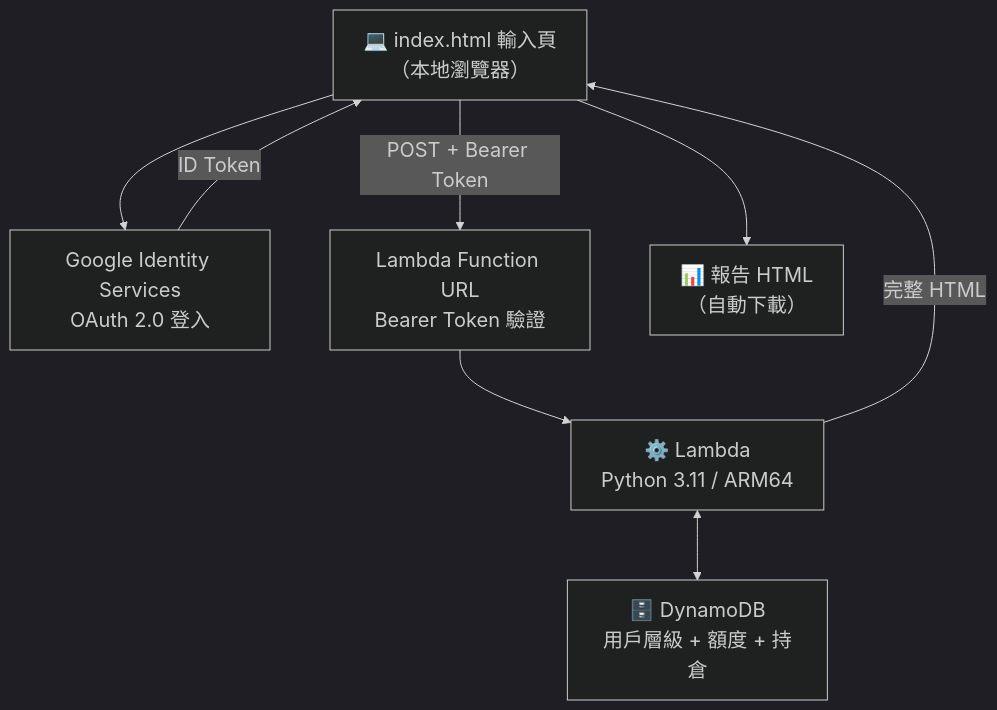
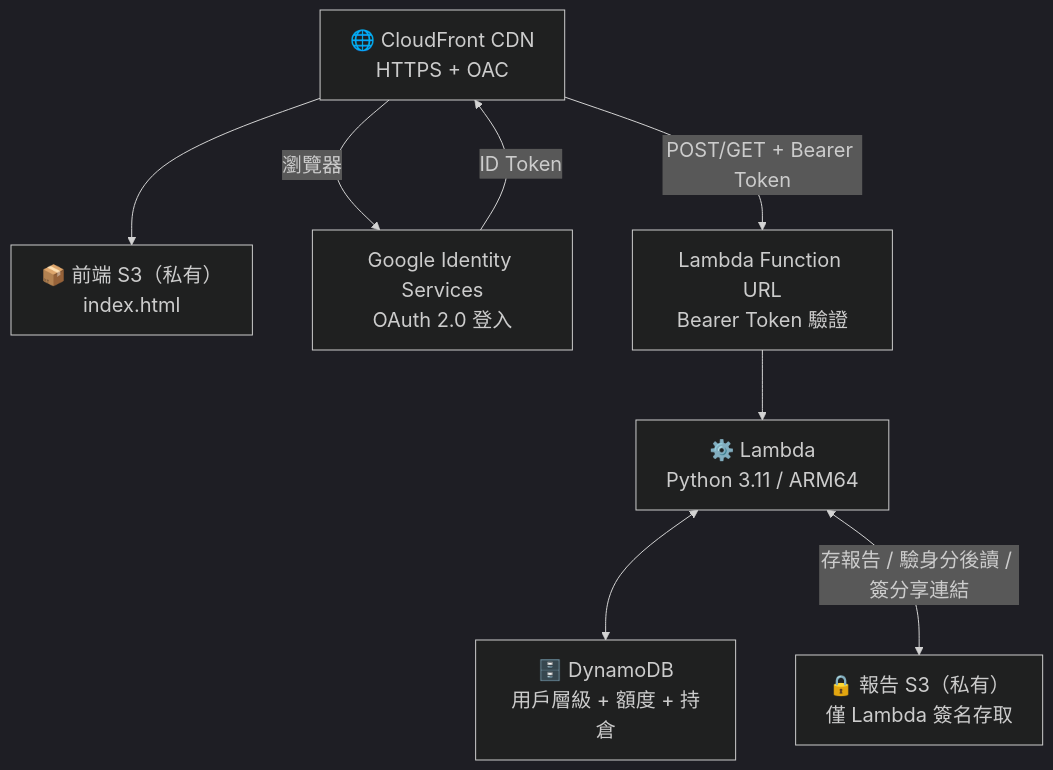
The first of 3 diagrams in README.md (burma2005/asset-report-bot), drawn with Mermaid before and after one commit. The commit also changed other lines of this file and 7 other files, not shown here.

First line of the commit message:
feat: 階段3 前端上 S3+CloudFront + 私有報告/分享 + 資安強化

````diff
--- a/README.md
+++ b/README.md
@@ -17,15 +25,17 @@
 ```mermaid
 %%{init: {'theme':'dark', 'themeVariables': {'fontSize':'20px'}, 'flowchart': {'nodeSpacing': 60, 'rankSpacing': 70}}}%%
 flowchart TB
-    UI["💻 index.html 輸入頁<br/>（本地瀏覽器）"]
+    CF["🌐 CloudFront CDN<br/>HTTPS + OAC"]
+    S3F["📦 前端 S3（私有）<br/>index.html"]
+    S3R["🔒 報告 S3（私有）<br/>僅 Lambda 簽名存取"]
     GIS["Google Identity Services<br/>OAuth 2.0 登入"]
     FURL["Lambda Function URL<br/>Bearer Token 驗證"]
     LB["⚙️ Lambda<br/>Python 3.11 / ARM64"]
     DB["🗄️ DynamoDB<br/>用戶層級 + 額度 + 持倉"]
-    RPT["📊 報告 HTML<br/>（自動下載）"]
 
-    UI --> GIS -->|"ID Token"| UI
-    UI -->|"POST + Bearer Token"| FURL --> LB
+    CF --> S3F
+    CF -->|"瀏覽器"| GIS -->|"ID Token"| CF
+    CF -->|"POST/GET + Bearer Token"| FURL --> LB
     LB <--> DB
-    LB -->|"完整 HTML"| UI --> RPT
+    LB <-->|"存報告 / 驗身分後讀 / 簽分享連結"| S3R
 ```
````
